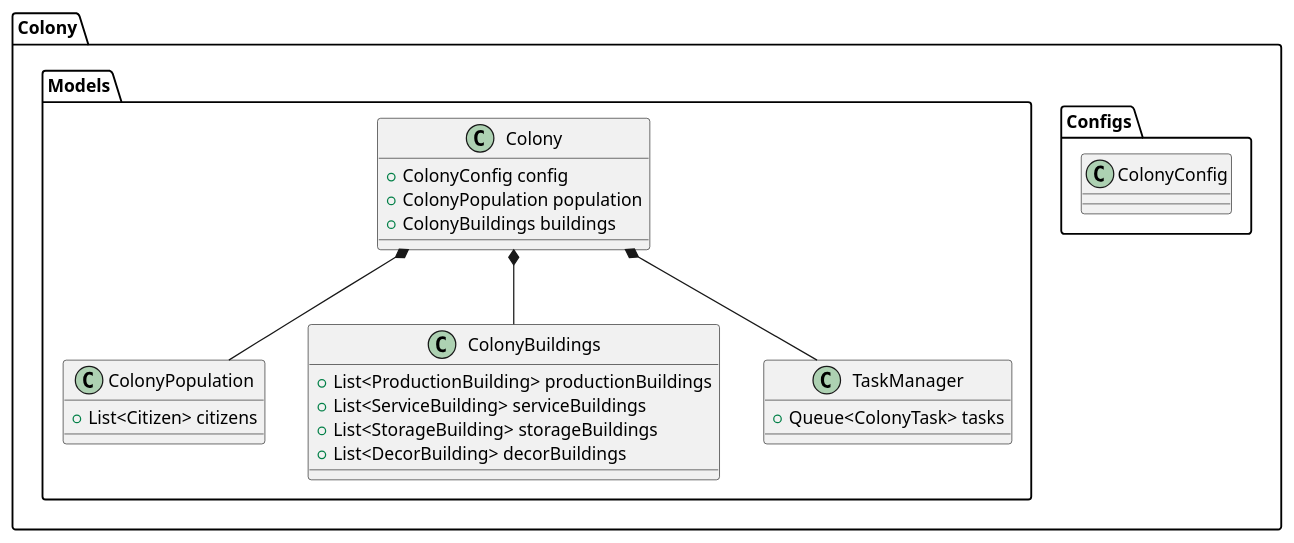
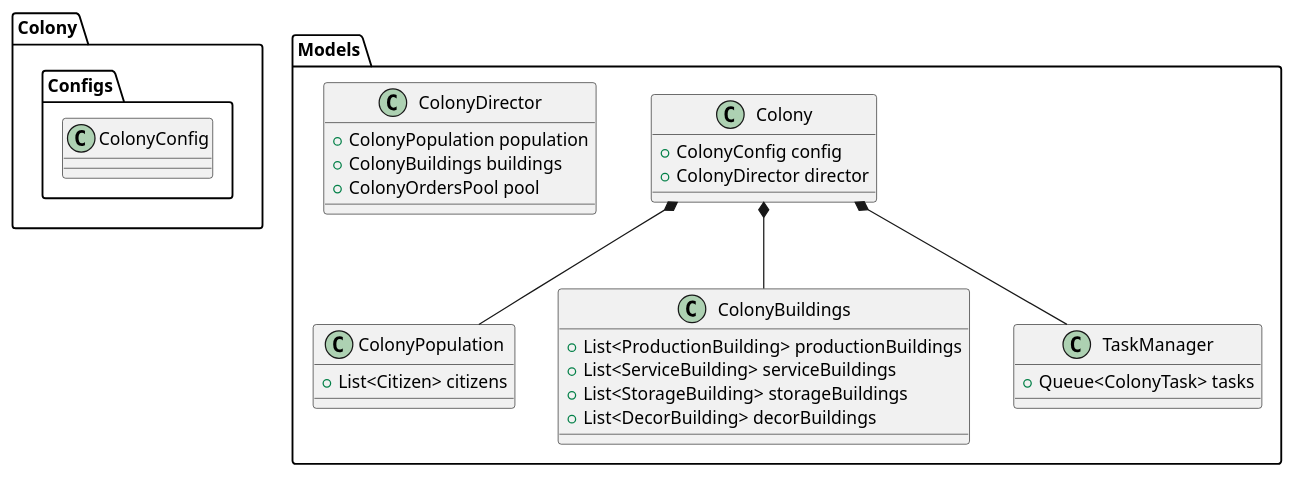
Before and after one commit to minusrep/Pivo-UML: the diagram in Colony/Colony.puml, drawn with PlantUML. The commit also changed 4 other files, not shown here.

```diff
--- a/Colony/Colony.puml
+++ b/Colony/Colony.puml
@@ -1,45 +1,50 @@
 @startuml
 
 package "Colony" 
 {
-    
-    package "Configs" {
-        class ColonyConfig {
+    package "Configs" 
+    {
+        class ColonyConfig 
+        {
         }
     }
-
+}
     package "Models" {
-     class Colony 
-        {
-            +ColonyConfig config
-            +ColonyPopulation population
-            +ColonyBuildings buildings
-        }
-        
-        class ColonyPopulation 
-        {
-            +List<Citizen> citizens
-        }
-        
-        class ColonyBuildings 
-        {
-            +List<ProductionBuilding> productionBuildings
-            +List<ServiceBuilding> serviceBuildings
-            +List<StorageBuilding> storageBuildings
-            +List<DecorBuilding> decorBuildings
-        }
-        
-        class TaskManager
-        {
-            +Queue<ColonyTask> tasks
-        }
-        
-        Colony *-- ColonyPopulation
-        Colony *-- ColonyBuildings
-        Colony *-- TaskManager
+    class Colony 
+    {
+        +ColonyConfig config
+        +ColonyDirector director
     }
-
+    
+    class ColonyDirector
+    {
+        +ColonyPopulation population
+        +ColonyBuildings buildings
+        +ColonyOrdersPool pool
+    }
+    
+    class ColonyPopulation 
+    {
+        +List<Citizen> citizens
+    }
+    
+    class ColonyBuildings 
+    {
+        +List<ProductionBuilding> productionBuildings
+        +List<ServiceBuilding> serviceBuildings
+        +List<StorageBuilding> storageBuildings
+        +List<DecorBuilding> decorBuildings
+    }
+    
+    class TaskManager
+    {
+        +Queue<ColonyTask> tasks
+    }
+    
+    Colony *-- ColonyPopulation
+    Colony *-- ColonyBuildings
+    Colony *-- TaskManager
+    }
 }
 
-
 @enduml
```
